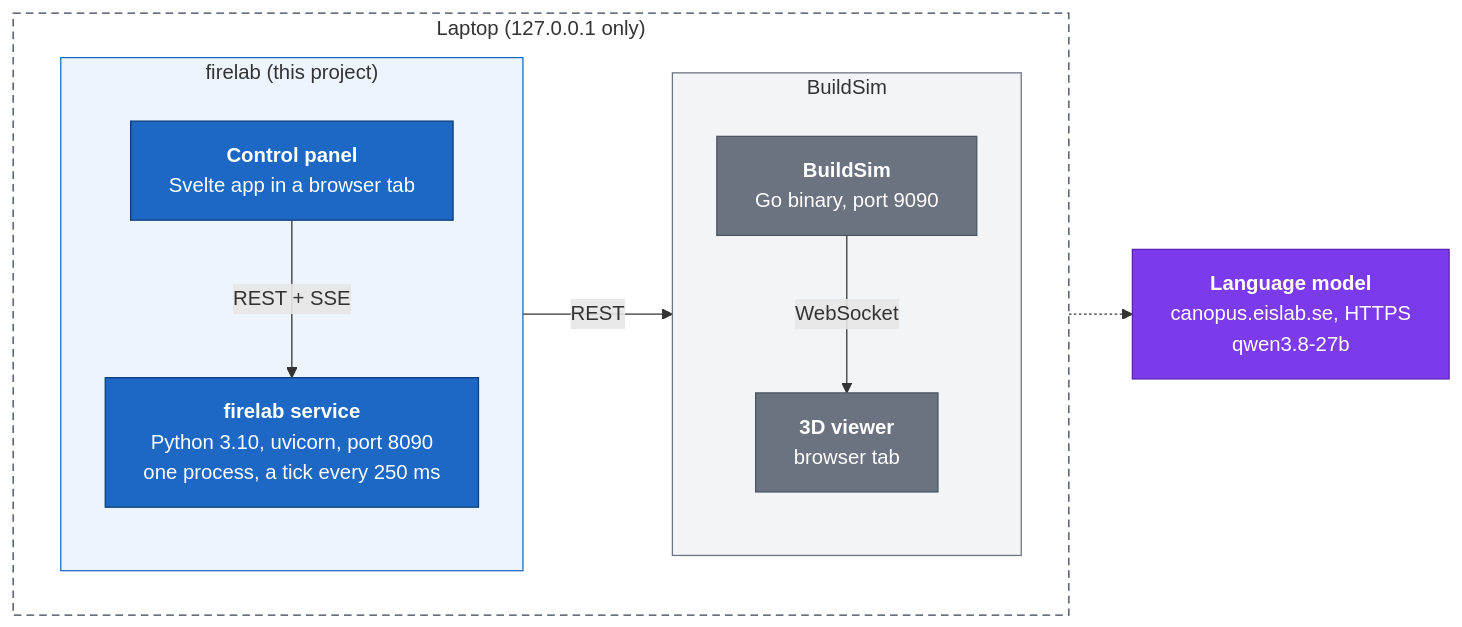
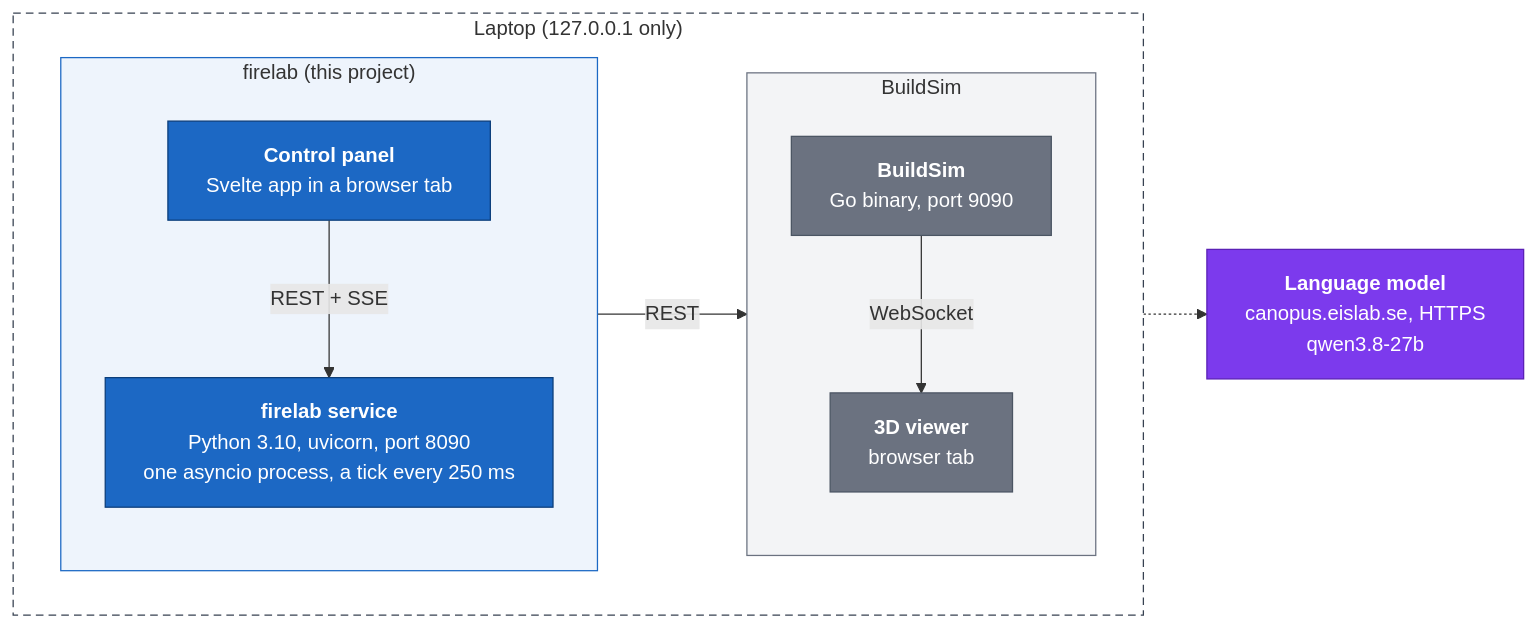
The diagram in firelab/Embedded_Intelligence_at_the_edge_Project_Proposal/images/deploy.mmd (Ekpenyong-Esu/BuildSim-FireDetection), drawn with Mermaid before and after one commit. The commit also changed 10 other files, not shown here.

```diff
--- a/firelab/Embedded_Intelligence_at_the_edge_Project_Proposal/images/deploy.mmd
+++ b/firelab/Embedded_Intelligence_at_the_edge_Project_Proposal/images/deploy.mmd
@@ -1,30 +1,30 @@
 %%{init: {"flowchart": {"wrappingWidth": 320}}}%%
 %% Deployment view: two processes and two browser tabs on one laptop, one call out
 flowchart LR
   subgraph LAPTOP["Laptop (127.0.0.1 only)"]
     direction LR
     subgraph FIRE["firelab (this project)"]
       direction TB
       PANEL["<b>Control panel</b><br/>Svelte app in a browser tab"]
-      SVC["<b>firelab service</b><br/>Python 3.10, uvicorn, port 8090<br/>one process, a tick every 250 ms"]
+      SVC["<b>firelab service</b><br/>Python 3.10, uvicorn, port 8090<br/>one asyncio process, a tick every 250 ms"]
       PANEL -- "REST + SSE" --> SVC
     end
     subgraph BSIDE["BuildSim"]
       direction TB
       BS["<b>BuildSim</b><br/>Go binary, port 9090"]
       VIEWER["<b>3D viewer</b><br/>browser tab"]
       BS -- WebSocket --> VIEWER
     end
     FIRE -- REST --> BSIDE
   end
   LLM["<b>Language model</b><br/>canopus.eislab.se, HTTPS<br/>qwen3.8-27b"]
   FIRE -.-> LLM
   classDef cont fill:#1c68c4,stroke:#0b3d7a,color:#ffffff
   classDef ext fill:#6b7280,stroke:#4b5563,color:#ffffff
   classDef model fill:#7c3aed,stroke:#5b21b6,color:#ffffff
   class SVC,PANEL cont
   class BS,VIEWER ext
   class LLM model
   style LAPTOP fill:#ffffff,stroke:#374151,stroke-dasharray:6 4
   style FIRE fill:#eef4fc,stroke:#1c68c4
   style BSIDE fill:#f3f4f6,stroke:#6b7280
```
